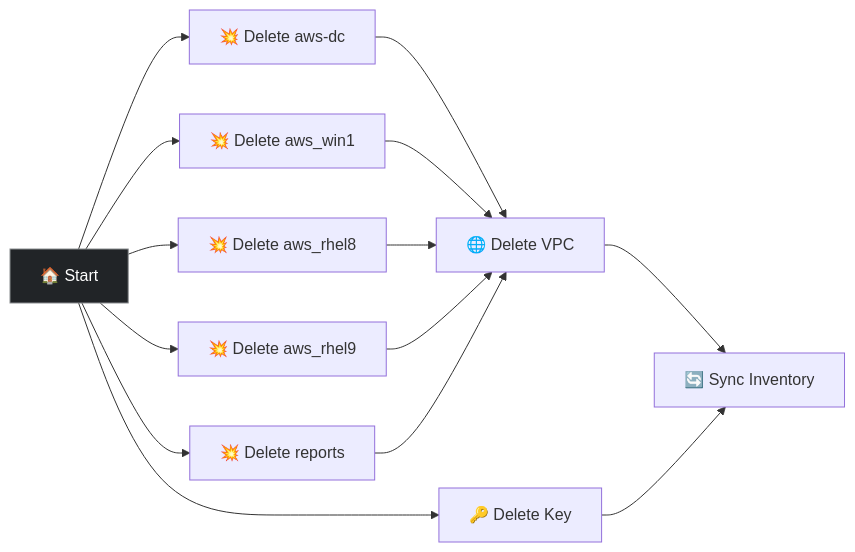
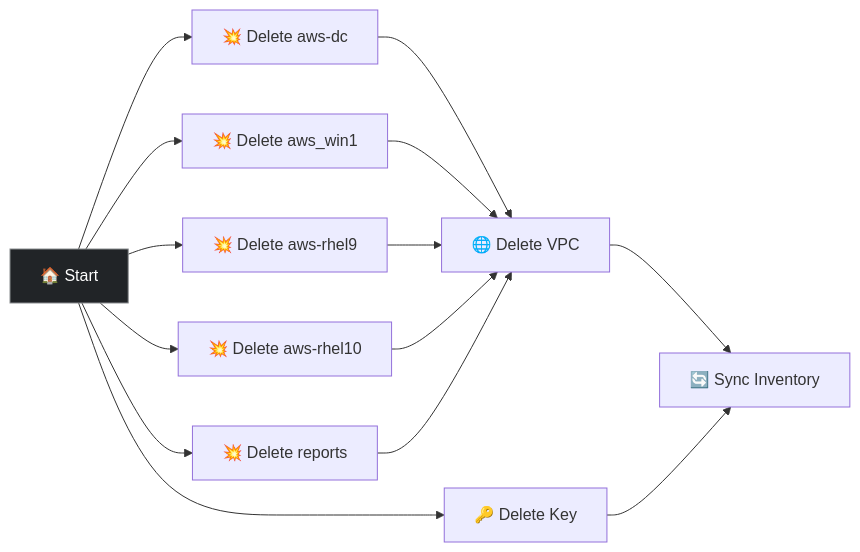
One commit to ansible/product-demos changed the diagram in cloud/docs/cloud-destroy-stack.md. Above: the diagram before and after it, drawn with Mermaid. The commit also changed 35 other files, not shown here.

````diff
--- a/cloud/docs/cloud-destroy-stack.md
+++ b/cloud/docs/cloud-destroy-stack.md
@@ -19,18 +19,18 @@
 ```mermaid
 graph LR
   S["🏠 Start"]
   S --> A
   S --> B
   S --> C
   S --> D
   S --> E
   S --> G
   A["💥 Delete aws-dc"] --> F["🌐 Delete VPC"]
   B["💥 Delete aws_win1"] --> F
-  C["💥 Delete aws_rhel8"] --> F
-  D["💥 Delete aws_rhel9"] --> F
+  C["💥 Delete aws-rhel9"] --> F
+  D["💥 Delete aws-rhel10"] --> F
   E["💥 Delete reports"] --> F
   F --> H["🔄 Sync Inventory"]
   G["🔑 Delete Key"] --> H
   style S fill:#212427,stroke:#8a8d90,color:#fff
 ```
````
